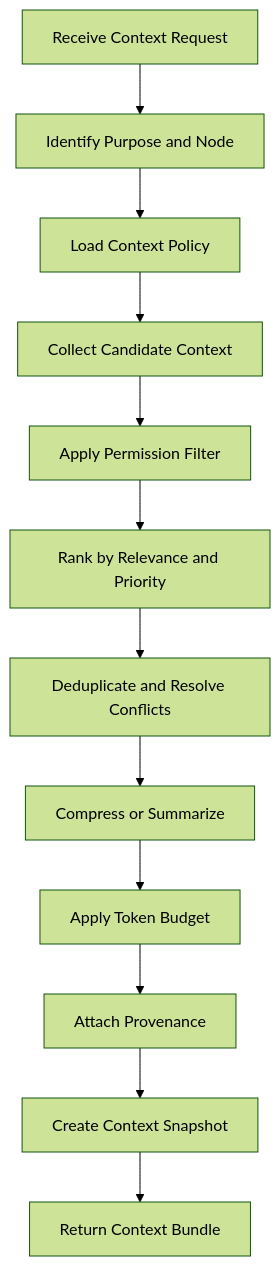
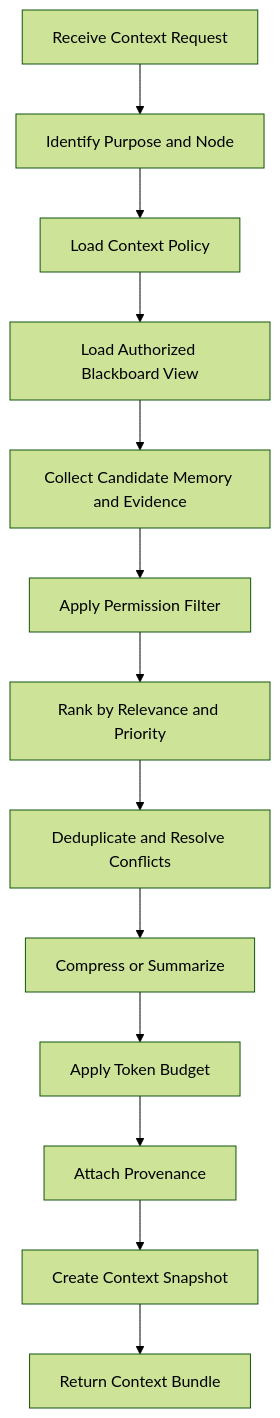
The fifth of 6 diagrams in docs/enterprise_agent_design.md (zhoulingquan/agentx), drawn with Mermaid (forest theme) before and after one commit. The commit also changed other lines of this file, not shown here.

Commit message:
Refine agent design with task blackboard architecture

````diff
--- a/docs/enterprise_agent_design.md
+++ b/docs/enterprise_agent_design.md
@@ -1411,14 +1569,15 @@
 ```mermaid
 flowchart TD
     A["Receive Context Request"] --> B["Identify Purpose and Node"]
     B --> C["Load Context Policy"]
-    C --> D["Collect Candidate Context"]
-    D --> E["Apply Permission Filter"]
-    E --> F["Rank by Relevance and Priority"]
-    F --> G["Deduplicate and Resolve Conflicts"]
-    G --> H["Compress or Summarize"]
-    H --> I["Apply Token Budget"]
-    I --> J["Attach Provenance"]
-    J --> K["Create Context Snapshot"]
-    K --> L["Return Context Bundle"]
+    C --> D["Load Authorized Blackboard View"]
+    D --> E["Collect Candidate Memory and Evidence"]
+    E --> F["Apply Permission Filter"]
+    F --> G["Rank by Relevance and Priority"]
+    G --> H["Deduplicate and Resolve Conflicts"]
+    H --> I["Compress or Summarize"]
+    I --> J["Apply Token Budget"]
+    J --> K["Attach Provenance"]
+    K --> L["Create Context Snapshot"]
+    L --> M["Return Context Bundle"]
 ```
````
